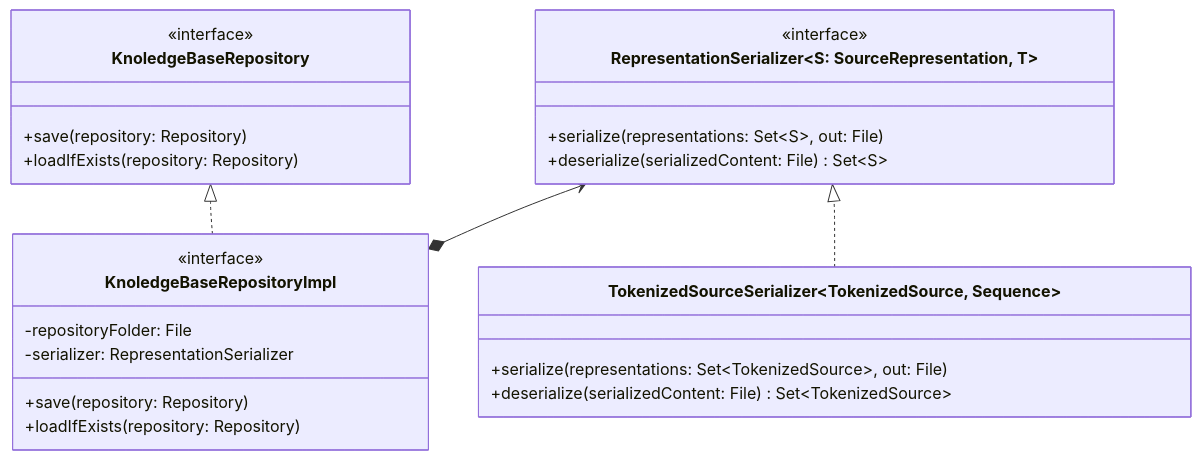
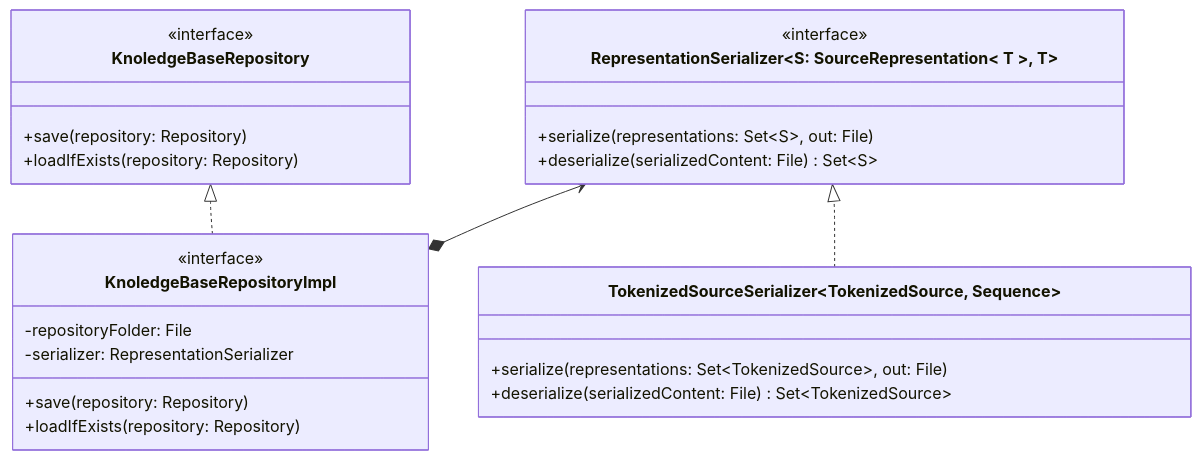
One commit to tassiLuca/code-plagiarism-detector-doc changed the tenth of 12 diagrams in doc.md. Above: the diagram before and after it, drawn with Mermaid. The commit also changed other lines of this file, not shown here.

````diff
--- a/doc.md
+++ b/doc.md
@@ -479,29 +490,29 @@
 ```mermaid
 classDiagram
     direction BT
     class KnoledgeBaseRepository {
         <<interface>>
         +save(repository: Repository)
         +loadIfExists(repository: Repository)
     }
     class KnoledgeBaseRepositoryImpl {
         <<interface>>
         -repositoryFolder: File
         -serializer: RepresentationSerializer
         +save(repository: Repository)
         +loadIfExists(repository: Repository)
     }
     KnoledgeBaseRepositoryImpl ..|> KnoledgeBaseRepository
 
-    class RepresentationSerializer~S: SourceRepresentation<T>, T~ {
+    class RepresentationSerializer~S: SourceRepresentation< T >, T~ {
         <<interface>>
         +serialize(representations: Set~S~, out: File)
         +deserialize(serializedContent: File) Set~S~
     }
     class TokenizedSourceSerializer~TokenizedSource, Sequence<Token>~ {
         +serialize(representations: Set~TokenizedSource~, out: File)
         +deserialize(serializedContent: File) Set~TokenizedSource~
     }
     TokenizedSourceSerializer ..|> RepresentationSerializer
     KnoledgeBaseRepositoryImpl *--> RepresentationSerializer
 ```
````
